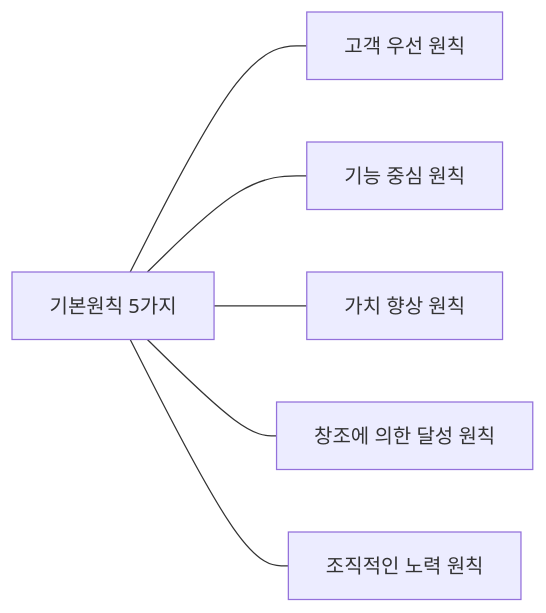
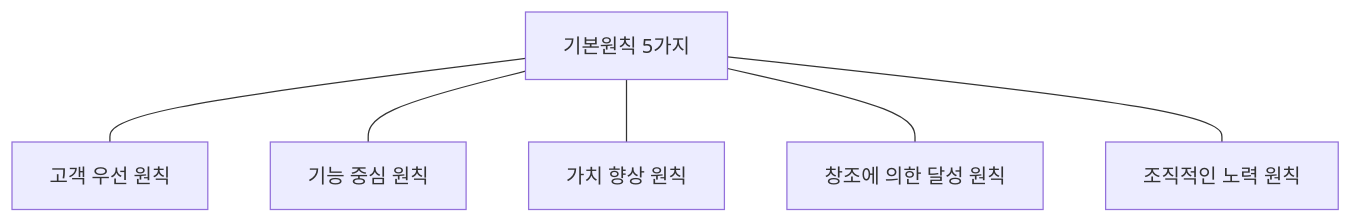
Before and after one commit to yeonkyupark/pepc2e: the first of 2 diagrams in 1001가치공학.qmd, drawn with Mermaid. The commit also changed other lines of this file, not shown here.

````diff
--- a/1001가치공학.qmd
+++ b/1001가치공학.qmd
@@ -49,11 +49,11 @@
 ```{mermaid}
-flowchart LR
+flowchart TB
 0[기본원칙 5가지]
 1[고객 우선 원칙]
 2[기능 중심 원칙]
 3[가치 향상 원칙]
 4[창조에 의한 달성 원칙]
 5[조직적인 노력 원칙]
 
 0 --- 1 & 2 & 3 & 4 & 5
 ```
````
